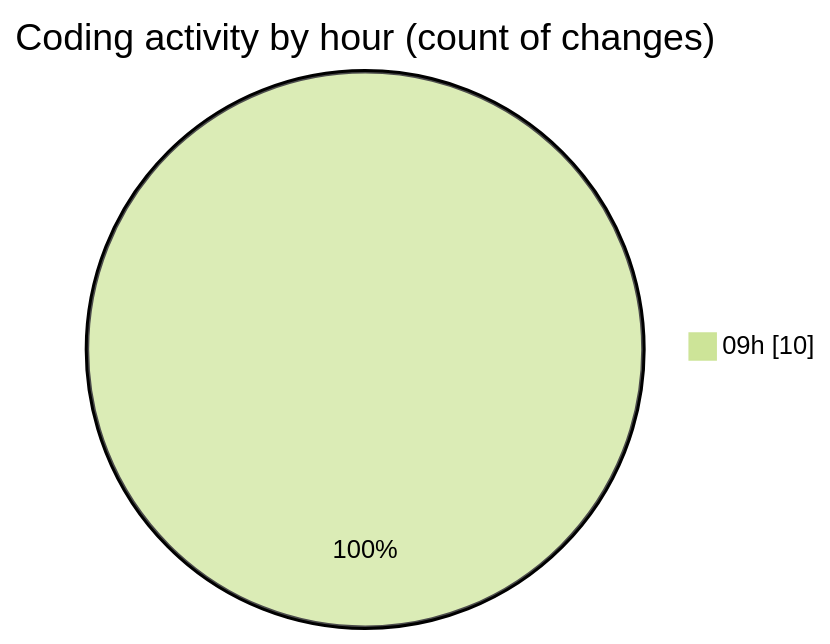
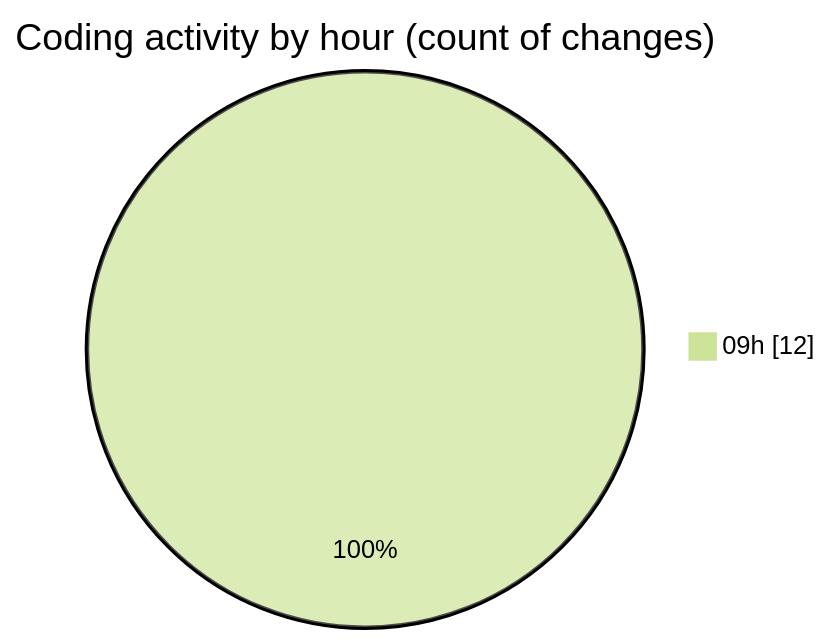
One commit to momahboobian/code-tracking changed the second of 2 diagrams in 2025-02-06/cda/README.md. Above: the diagram before and after it, drawn with Mermaid (forest theme). The commit also changed other lines of this file and 1 other file, not shown here.

````diff
--- a/2025-02-06/cda/README.md
+++ b/2025-02-06/cda/README.md
@@ -30,5 +30,5 @@
 ```mermaid
 pie showData
 title Coding activity by hour (count of changes)
-"09h" : 10
+"09h" : 12
 ```
````
